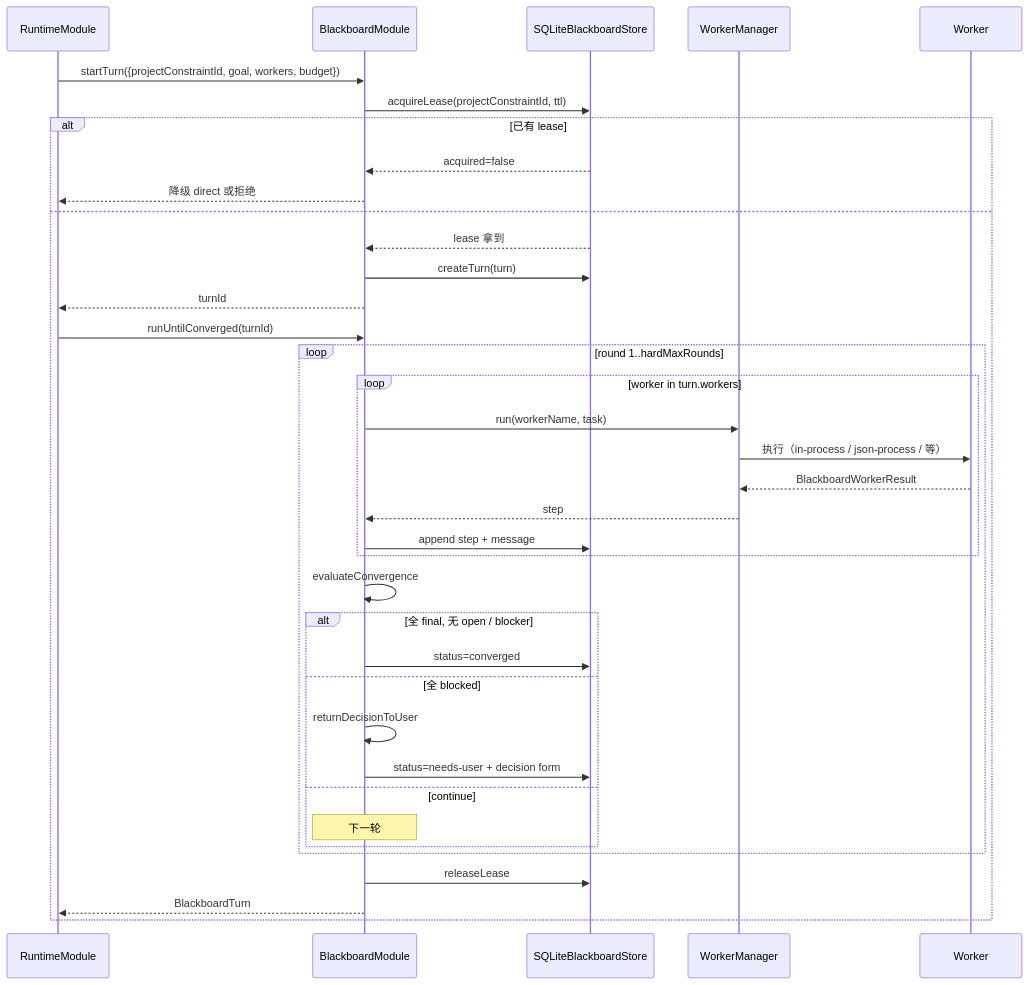
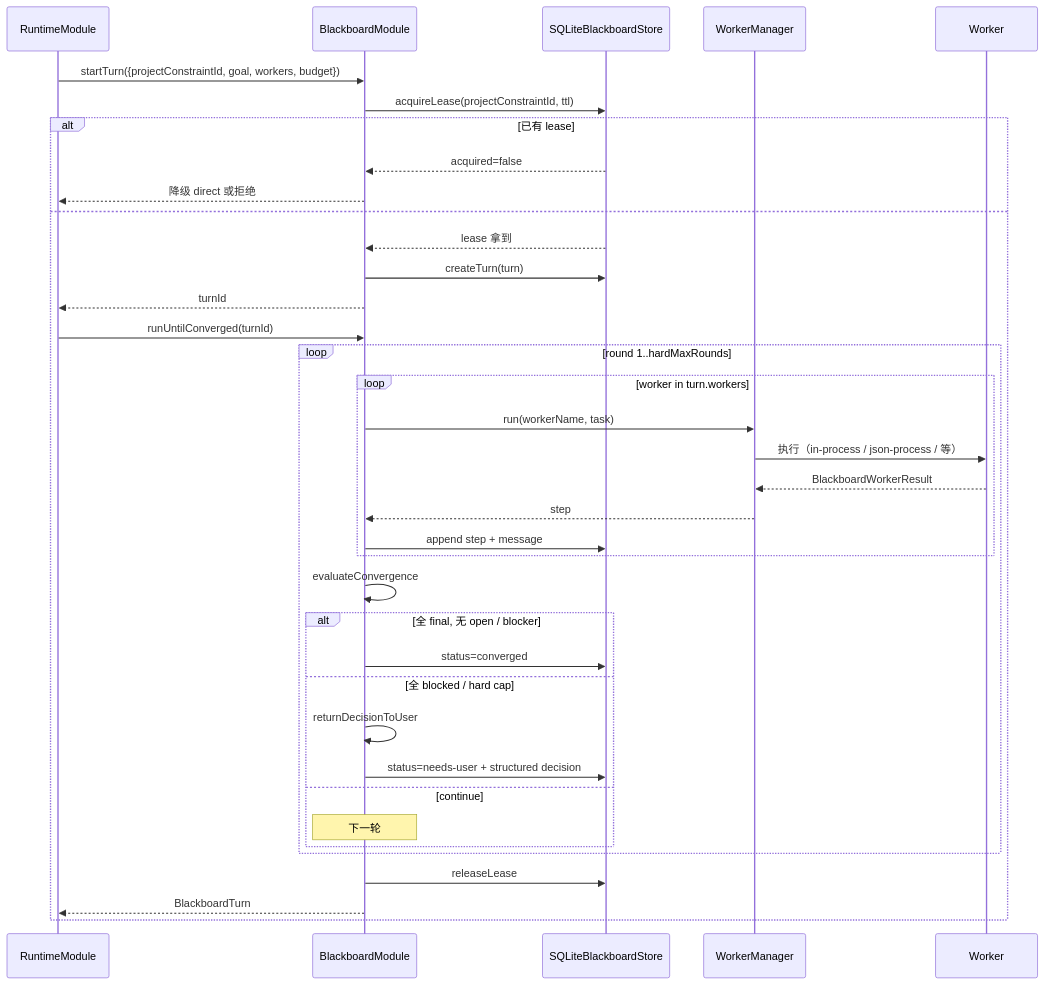
Before and after one commit to flyflor/flyflor: the second of 3 diagrams in docs/blackboard.md, drawn with Mermaid. The commit also changed other lines of this file and 68 other files, not shown here.

````diff
--- a/docs/blackboard.md
+++ b/docs/blackboard.md
@@ -63,39 +61,39 @@
 ```mermaid
 sequenceDiagram
     participant RT as RuntimeModule
     participant BB as BlackboardModule
     participant Store as SQLiteBlackboardStore
     participant WM as WorkerManager
     participant W as Worker
     RT->>BB: startTurn({projectConstraintId, goal, workers, budget})
     BB->>Store: acquireLease(projectConstraintId, ttl)
     alt 已有 lease
         Store-->>BB: acquired=false
         BB-->>RT: 降级 direct 或拒绝
     else
         Store-->>BB: lease 拿到
         BB->>Store: createTurn(turn)
         BB-->>RT: turnId
         RT->>BB: runUntilConverged(turnId)
         loop round 1..hardMaxRounds
             loop worker in turn.workers
                 BB->>WM: run(workerName, task)
                 WM->>W: 执行（in-process / json-process / 等）
                 W-->>WM: BlackboardWorkerResult
                 WM-->>BB: step
                 BB->>Store: append step + message
             end
             BB->>BB: evaluateConvergence
             alt 全 final, 无 open / blocker
                 BB->>Store: status=converged
-            else 全 blocked
+            else 全 blocked / hard cap
                 BB->>BB: returnDecisionToUser
-                BB->>Store: status=needs-user + decision form
+                BB->>Store: status=needs-user + structured decision
             else continue
                 Note over BB: 下一轮
             end
         end
         BB->>Store: releaseLease
         BB-->>RT: BlackboardTurn
     end
 ```
````
